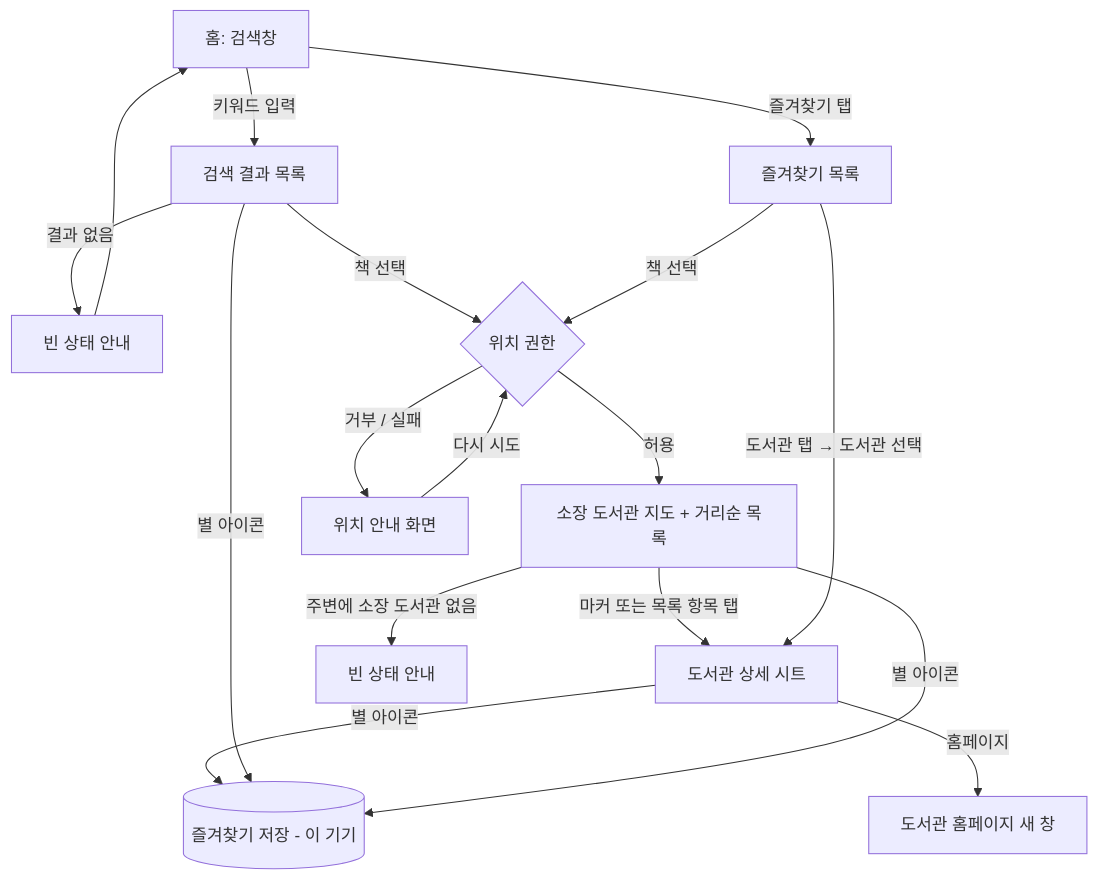
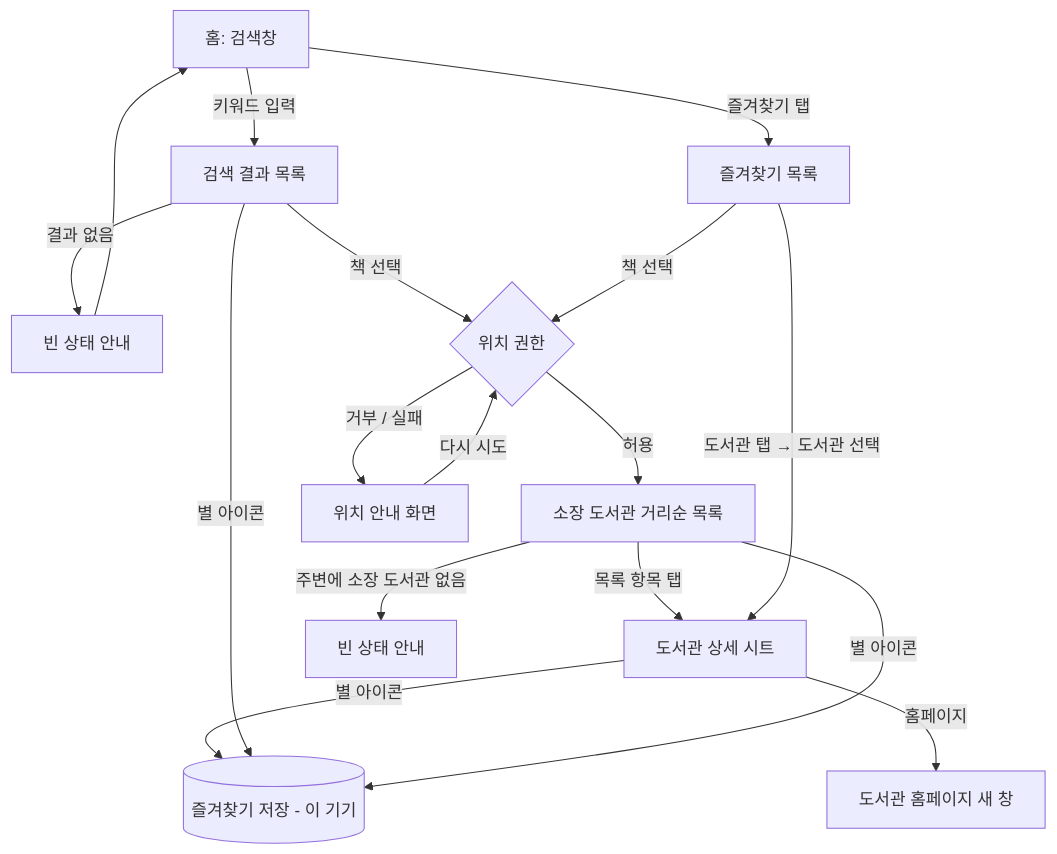
The diagram in docs/spec.md (narin-j/billim-app), drawn with Mermaid before and after one commit. The commit also changed other lines of this file and 2 other files, not shown here.

First line of the commit message:
docs: 지도를 빼고 거리순 목록 화면으로 기획 변경

````diff
--- a/docs/spec.md
+++ b/docs/spec.md
@@ -46,18 +47,18 @@
 ```mermaid
 flowchart TD
     A[홈: 검색창] -->|키워드 입력| B[검색 결과 목록]
     A -->|즐겨찾기 탭| F[즐겨찾기 목록]
     B -->|결과 없음| B0[빈 상태 안내] --> A
     B -->|책 선택| C{위치 권한}
     F -->|책 선택| C
-    C -->|허용| D[소장 도서관 지도 + 거리순 목록]
+    C -->|허용| D[소장 도서관 거리순 목록]
     C -->|거부 / 실패| C0[위치 안내 화면]
     C0 -->|다시 시도| C
-    D -->|마커 또는 목록 항목 탭| E[도서관 상세 시트]
+    D -->|목록 항목 탭| E[도서관 상세 시트]
     F -->|도서관 탭 → 도서관 선택| E
     E -->|별 아이콘| S
     D -->|주변에 소장 도서관 없음| D0[빈 상태 안내]
     E -->|홈페이지| X[도서관 홈페이지 새 창]
     B -->|별 아이콘| S[(즐겨찾기 저장 - 이 기기)]
     D -->|별 아이콘| S
 ```
````
